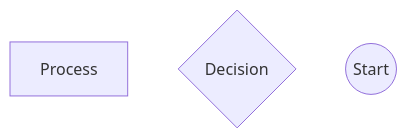
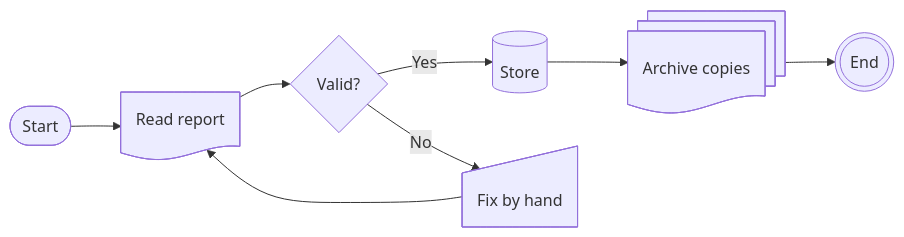
One commit to hgrabows/diagrammer-skills changed the fourth of 14 diagrams in skills/diagrammer/specs/mermaid/flowchart.md. Above: the diagram before and after it, drawn with Mermaid. The commit also changed other lines of this file and 25 other files, not shown here.

First line of the commit message:
feat: support Mermaid 12 and add ten diagram types

````diff
--- a/skills/diagrammer/specs/mermaid/flowchart.md
+++ b/skills/diagrammer/specs/mermaid/flowchart.md
@@ -78,6 +96,13 @@
 ```mermaid
-flowchart TD
-    A@{ shape: rect, label: "Process" }
-    B@{ shape: diamond, label: "Decision" }
-    C@{ shape: circle, label: "Start" }
+flowchart LR
+    A@{ shape: stadium, label: "Start" }
+    B@{ shape: doc, label: "Read report" }
+    C@{ shape: diamond, label: "Valid?" }
+    D@{ shape: cyl, label: "Store" }
+    E@{ shape: manual-input, label: "Fix by hand" }
+    F@{ shape: docs, label: "Archive copies" }
+    G@{ shape: dbl-circ, label: "End" }
+    A --> B --> C
+    C -->|Yes| D --> F --> G
+    C -->|No| E --> B
 ```
````
